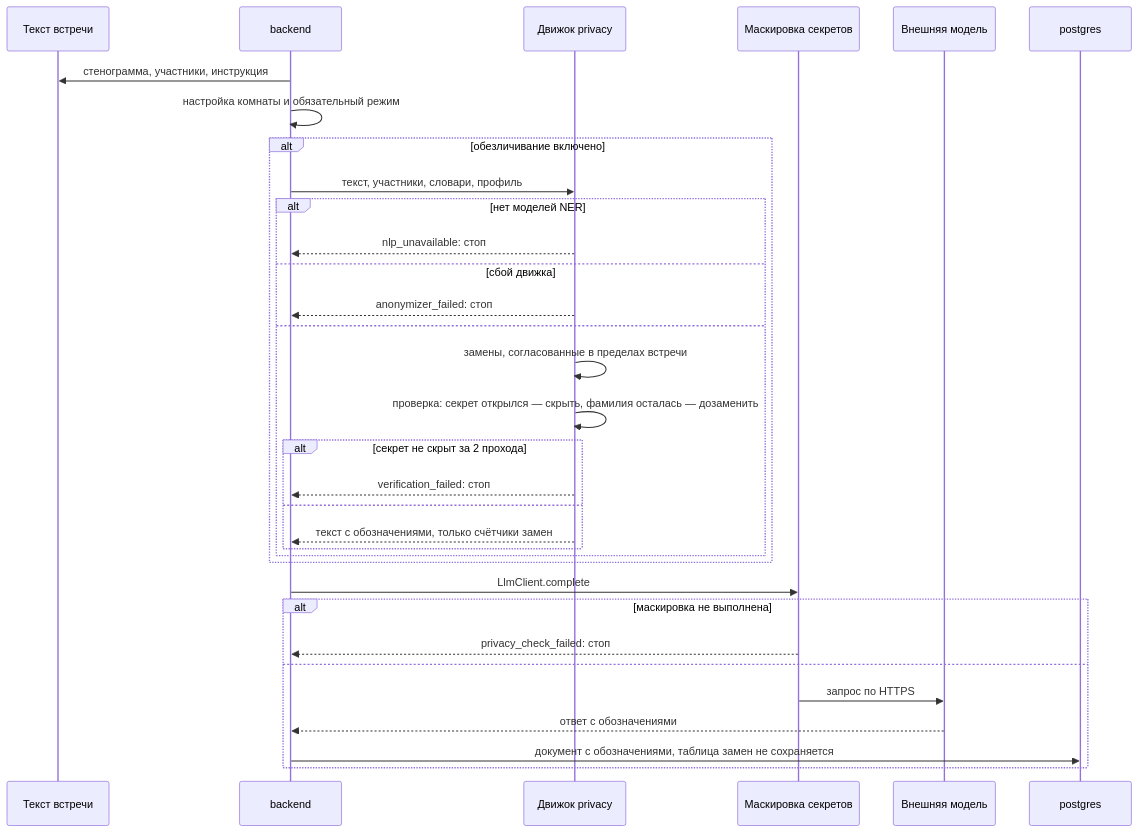
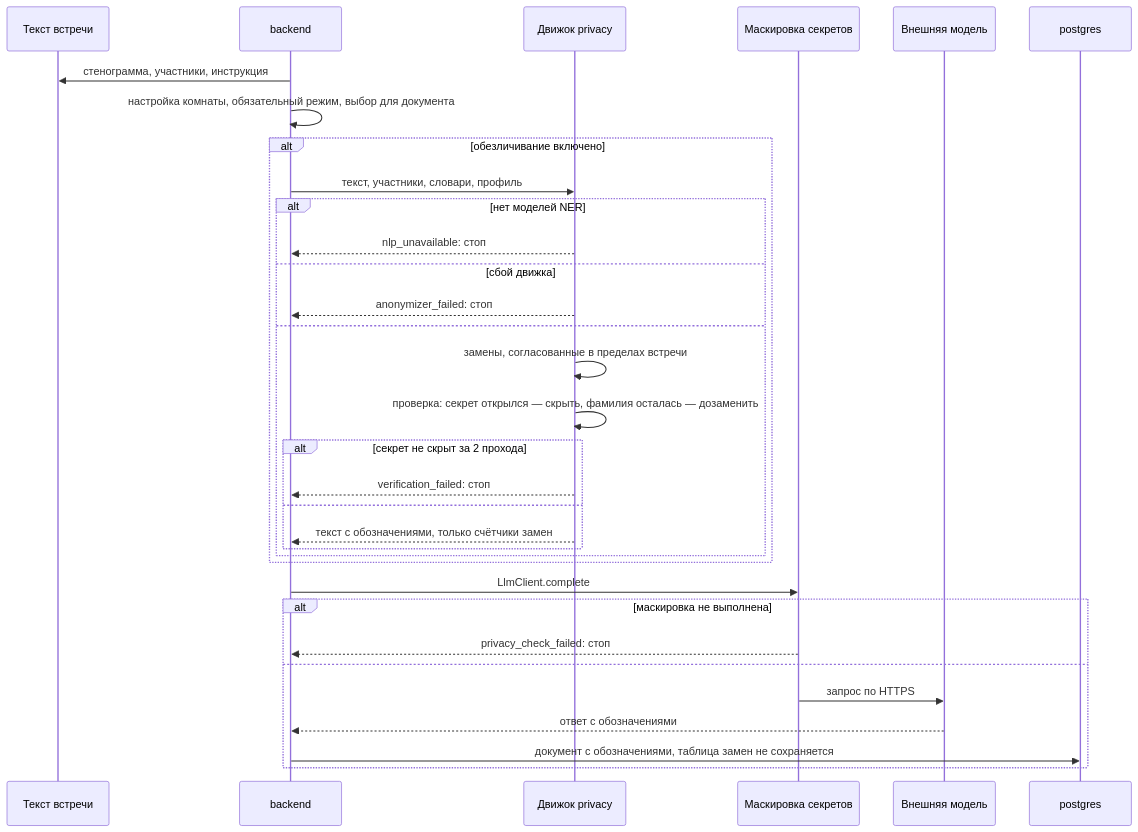
The second of 2 diagrams in wiki/Архитектура-Обработка-персональных-данных.md (calleograph/peregovorka), drawn with Mermaid before and after one commit. The commit also changed other lines of this file and 73 other files, not shown here.

````diff
--- a/wiki/Архитектура-Обработка-персональных-данных.md
+++ b/wiki/Архитектура-Обработка-персональных-данных.md
@@ -141,35 +148,35 @@
 ```mermaid
 sequenceDiagram
   participant T as Текст встречи
   participant B as backend
   participant P as Движок privacy
   participant G as Маскировка секретов
   participant L as Внешняя модель
   participant DB as postgres
   B->>T: стенограмма, участники, инструкция
-  B->>B: настройка комнаты и обязательный режим
+  B->>B: настройка комнаты, обязательный режим, выбор для документа
   alt обезличивание включено
     B->>P: текст, участники, словари, профиль
     alt нет моделей NER
       P-->>B: nlp_unavailable: стоп
     else сбой движка
       P-->>B: anonymizer_failed: стоп
     else
       P->>P: замены, согласованные в пределах встречи
       P->>P: проверка: секрет открылся — скрыть, фамилия осталась — дозаменить
       alt секрет не скрыт за 2 прохода
         P-->>B: verification_failed: стоп
       else
         P-->>B: текст с обозначениями, только счётчики замен
       end
     end
   end
   B->>G: LlmClient.complete
   alt маскировка не выполнена
     G-->>B: privacy_check_failed: стоп
   else
     G->>L: запрос по HTTPS
     L-->>B: ответ с обозначениями
     B->>DB: документ с обозначениями, таблица замен не сохраняется
   end
 ```
````
